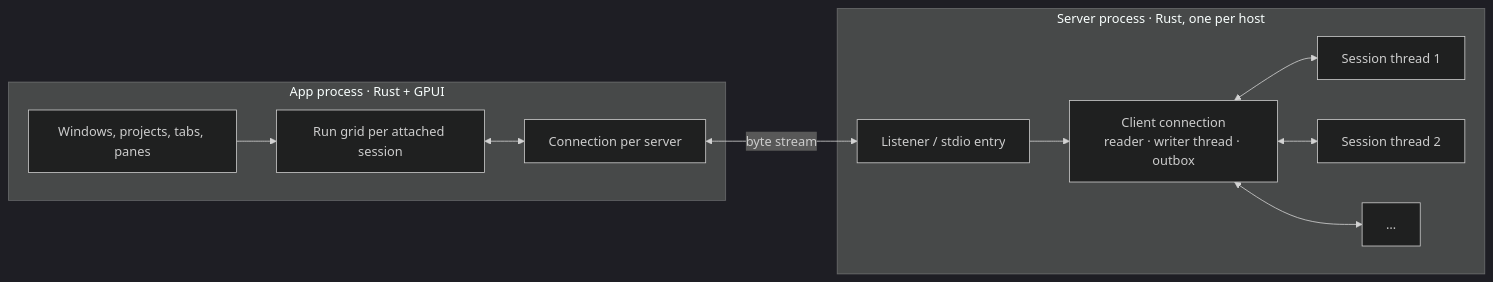
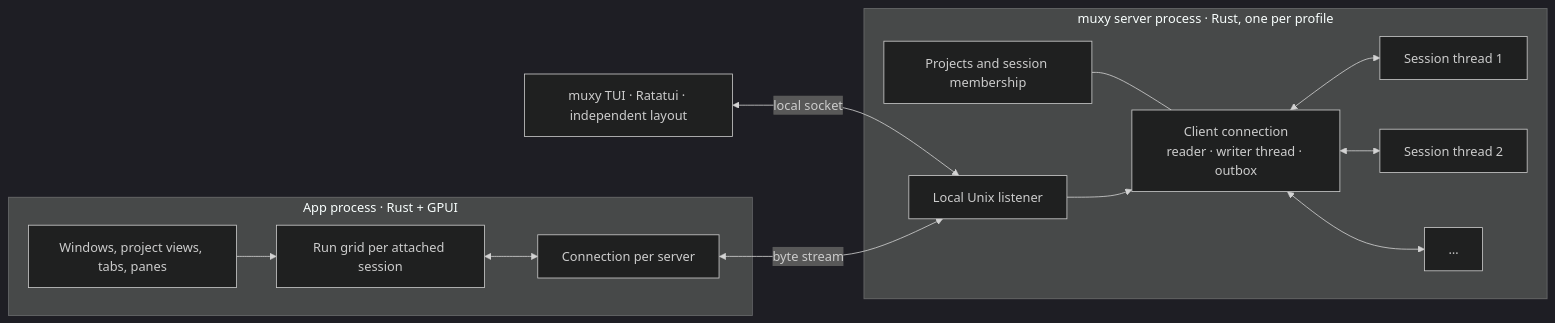
The first of 4 diagrams in docs/tech/architecture.md (guppylab/muxy), drawn with Mermaid (dark theme) before and after one commit. The commit also changed other lines of this file and 149 other files, not shown here.

````diff
--- a/docs/tech/architecture.md
+++ b/docs/tech/architecture.md
@@ -8,22 +8,25 @@
 ```mermaid
 flowchart LR
     subgraph APP["App process · Rust + GPUI"]
-        UI["Windows, projects, tabs, panes"]
+        UI["Windows, project views, tabs, panes"]
         GRID["Run grid per attached session"]
         CONN["Connection per server"]
     end
-    subgraph SERVER["Server process · Rust, one per host"]
-        ACCEPT["Listener / stdio entry"]
+    subgraph SERVER["muxy server process · Rust, one per profile"]
+        ACCEPT["Local Unix listener"]
+        CATALOG["Projects and session membership"]
         CLIENT["Client connection<br/>reader · writer thread · outbox"]
         S1["Session thread 1"]
         S2["Session thread 2"]
         SN["…"]
     end
+    TUI["muxy TUI · Ratatui · independent layout"] <-->|"local socket"| ACCEPT
+    CATALOG --- CLIENT
     UI --> GRID
     GRID <--> CONN
     CONN <-->|"byte stream"| ACCEPT
     ACCEPT --> CLIENT
     CLIENT <--> S1
     CLIENT <--> S2
     CLIENT <--> SN
 ```
````
